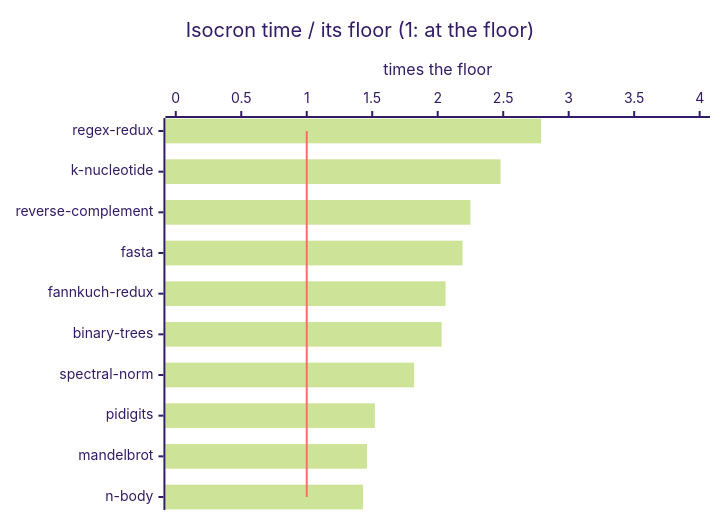
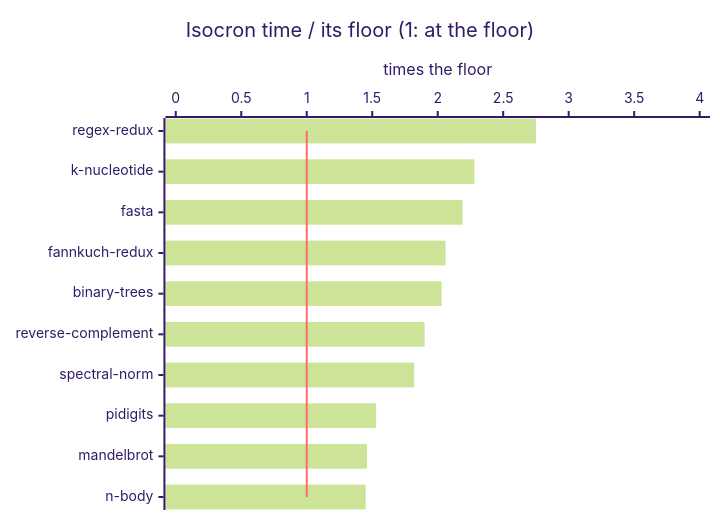
The diagram in results/floors.md (jbillard/isocron), drawn with Mermaid (forest theme) before and after one commit. The commit also changed other lines of this file and 6 other files, not shown here.

Commit message:
The Benchmarks Game measured again at 5f615bb: the fastest on 10 of 10, reverse-complement 32 -> 27 ms, k-nucleotide 677 -> 622 ms (D429)

````diff
--- a/results/floors.md
+++ b/results/floors.md
@@ -36,8 +36,8 @@
 ```mermaid
 xychart-beta horizontal
     title "Isocron time / its floor (1: at the floor)"
-    x-axis ["regex-redux", "k-nucleotide", "reverse-complement", "fasta", "fannkuch-redux", "binary-trees", "spectral-norm", "pidigits", "mandelbrot", "n-body"]
+    x-axis ["regex-redux", "k-nucleotide", "fasta", "fannkuch-redux", "binary-trees", "reverse-complement", "spectral-norm", "pidigits", "mandelbrot", "n-body"]
     y-axis "times the floor" 0 --> 4
-    bar [2.79, 2.48, 2.25, 2.19, 2.06, 2.03, 1.82, 1.52, 1.46, 1.43]
+    bar [2.75, 2.28, 2.19, 2.06, 2.03, 1.90, 1.82, 1.53, 1.46, 1.45]
     line [1.00, 1.00, 1.00, 1.00, 1.00, 1.00, 1.00, 1.00, 1.00, 1.00]
 ```
````
